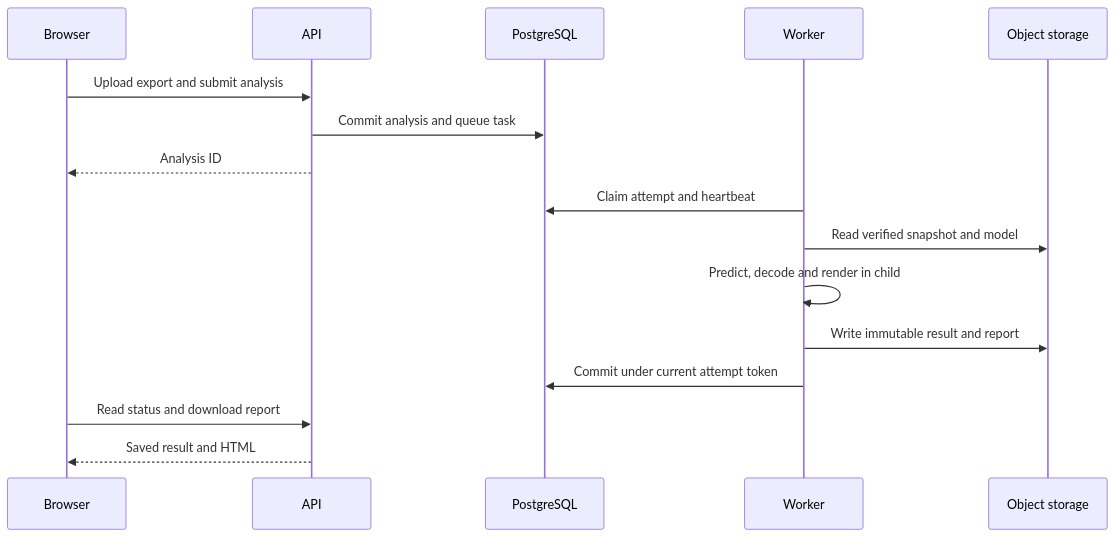
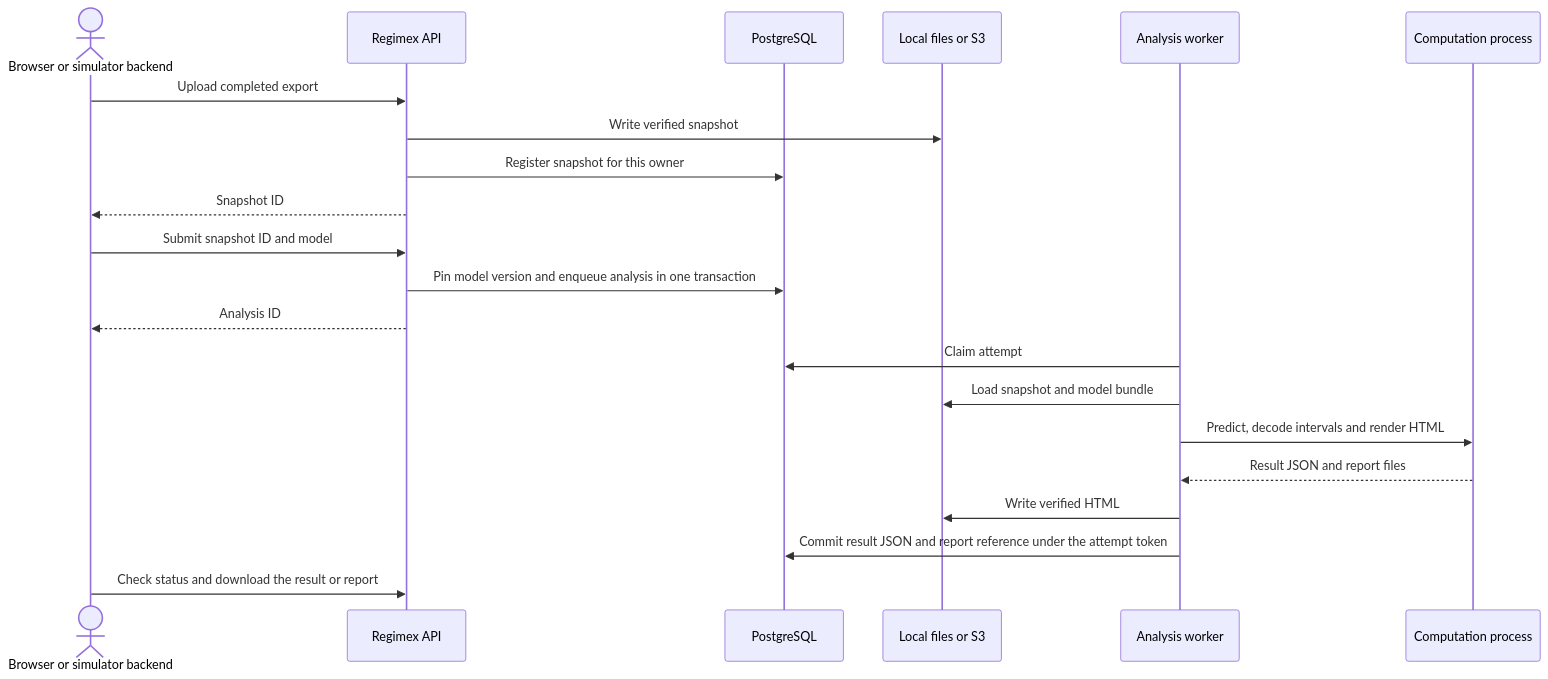
One commit to patarala/regimex changed the diagram in docs/architecture.md. Above: the diagram before and after it, drawn with Mermaid. The commit also changed other lines of this file and 30 other files, not shown here.

````diff
--- a/docs/architecture.md
+++ b/docs/architecture.md
@@ -41,18 +10,23 @@
 ```mermaid
 sequenceDiagram
-    participant Browser
-    participant API
+    actor User as Browser or simulator backend
+    participant API as Regimex API
     participant DB as PostgreSQL
-    participant Worker
-    participant Store as Object storage
-    Browser->>API: Upload export and submit analysis
-    API->>DB: Commit analysis and queue task
-    API-->>Browser: Analysis ID
-    Worker->>DB: Claim attempt and heartbeat
-    Worker->>Store: Read verified snapshot and model
-    Worker->>Worker: Predict, decode and render in child
-    Worker->>Store: Write immutable result and report
-    Worker->>DB: Commit under current attempt token
-    Browser->>API: Read status and download report
-    API-->>Browser: Saved result and HTML
+    participant Store as Local files or S3
+    participant Worker as Analysis worker
+    participant Child as Computation process
+    User->>API: Upload completed export
+    API->>Store: Write verified snapshot
+    API->>DB: Register snapshot for this owner
+    API-->>User: Snapshot ID
+    User->>API: Submit snapshot ID and model
+    API->>DB: Pin model version and enqueue analysis in one transaction
+    API-->>User: Analysis ID
+    Worker->>DB: Claim attempt
+    Worker->>Store: Load snapshot and model bundle
+    Worker->>Child: Predict, decode intervals and render HTML
+    Child-->>Worker: Result JSON and report files
+    Worker->>Store: Write verified HTML
+    Worker->>DB: Commit result JSON and report reference under the attempt token
+    User->>API: Check status and download the result or report
 ```
````
